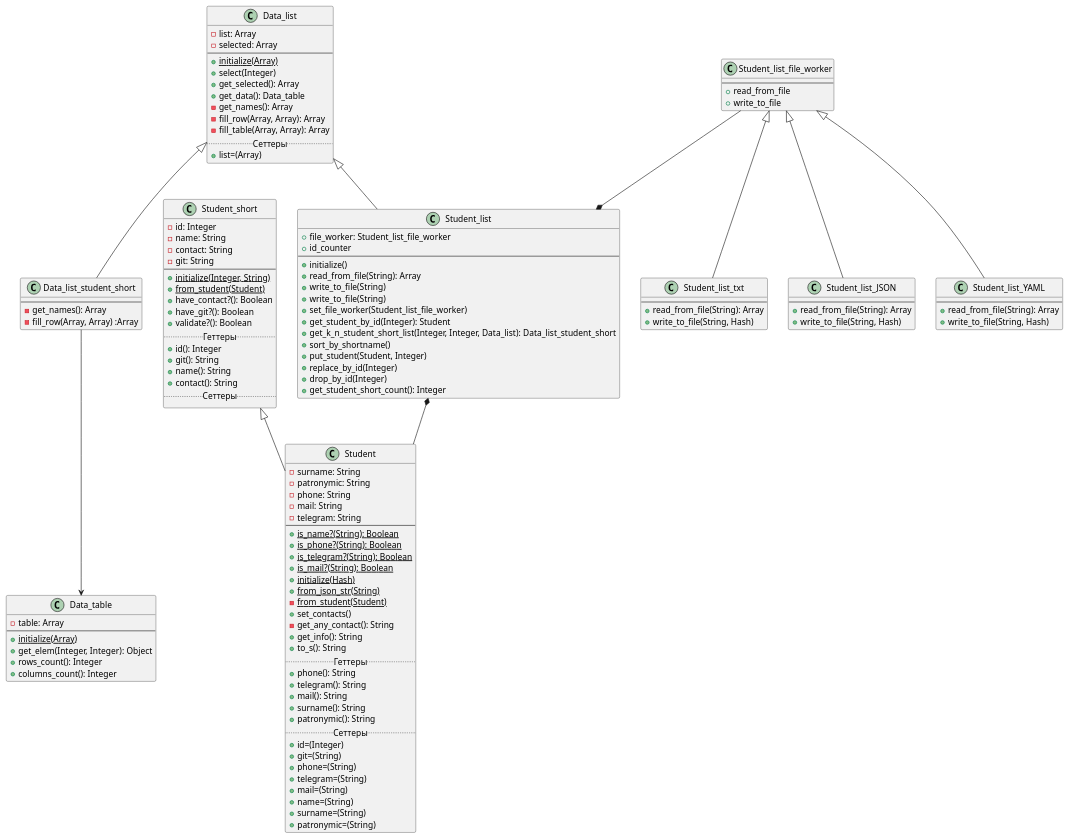
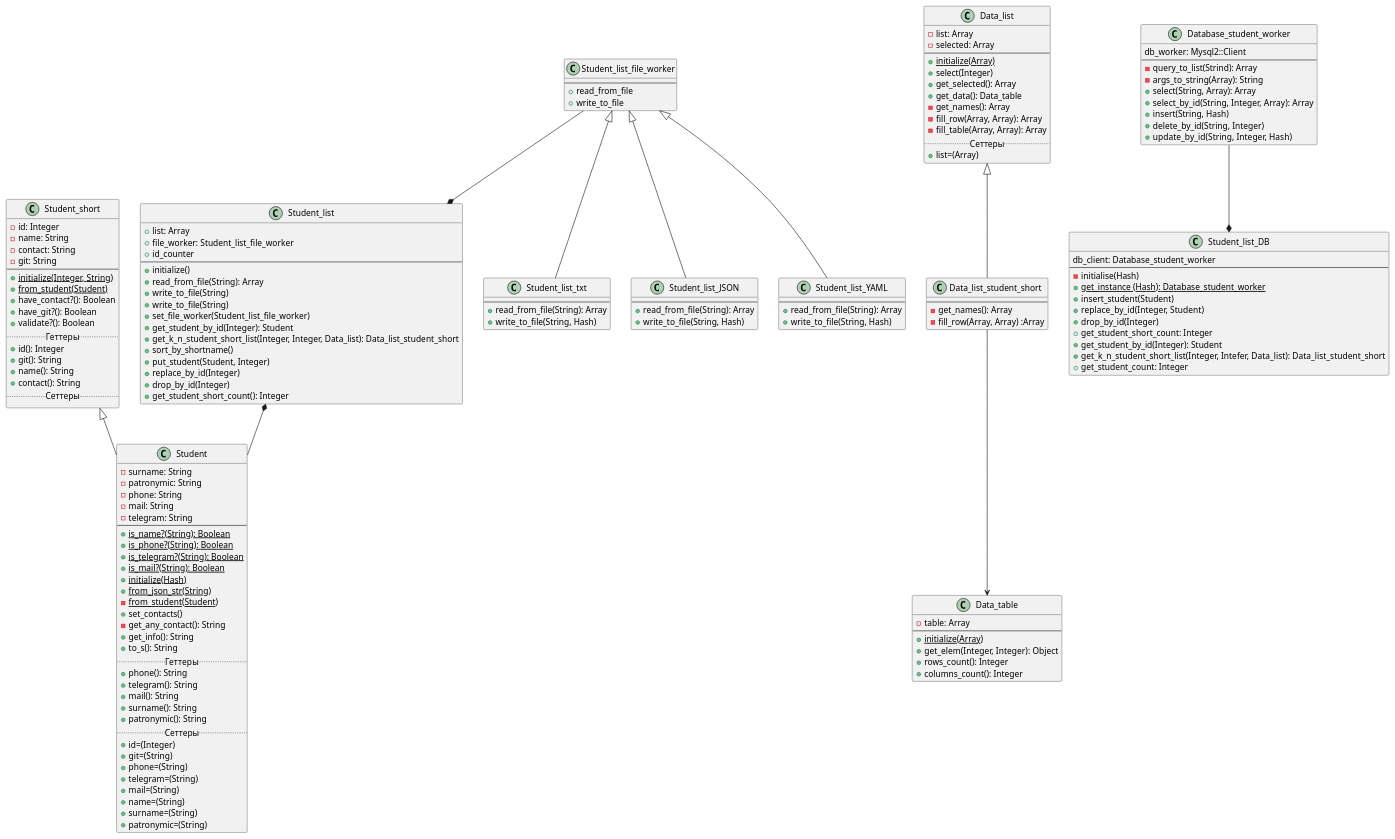
Before and after one commit to VitalijGolovij/PatternProgLabs: the diagram in Lab2/Student/diagrams/StudentDiagram.puml, drawn with PlantUML. The commit also changed 13 other files, not shown here.

```diff
--- a/Lab2/Student/diagrams/StudentDiagram.puml
+++ b/Lab2/Student/diagrams/StudentDiagram.puml
@@ -1,140 +1,168 @@
 @startuml
 'https://plantuml.com/sequence-diagram
 Class Student_short
  {
       -id: Integer
       -name: String
       -contact: String
       -git: String
  --
       +{static}initialize(Integer, String)
       +{static}from_student(Student)
       +have_contact?(): Boolean
       +have_git?(): Boolean
       +validate?(): Boolean
       .. Геттеры ..
       +id(): Integer
       +git(): String
       +name(): String
       +contact(): String
       .. Сеттеры ..
   }
 
 
 Class Student extends Student_short{
      -surname: String
      -patronymic: String
      -phone: String
      -mail: String
      -telegram: String
 --
      +{static}is_name?(String): Boolean
      +{static}is_phone?(String): Boolean
      +{static}is_telegram?(String): Boolean
      +{static}is_mail?(String): Boolean
      +{static}initialize(Hash)
      +{static}from_json_str(String)
      -{static}from_student(Student)
      +set_contacts()
      -get_any_contact(): String
      +get_info(): String
      +to_s(): String
      .. Геттеры ..
      +phone(): String
      +telegram(): String
      +mail(): String
      +surname(): String
      +patronymic(): String
      .. Сеттеры ..
      +id=(Integer)
      +git=(String)
      +phone=(String)
      +telegram=(String)
      +mail=(String)
      +name=(String)
      +surname=(String)
      +patronymic=(String)
  }
 
 Class Data_list
  {
       -list: Array
       -selected: Array
  --
       +{static}initialize(Array)
       +select(Integer)
       +get_selected(): Array
       +get_data(): Data_table
       -get_names(): Array
       -fill_row(Array, Array): Array
       -fill_table(Array, Array): Array
 ..Сеттеры..
       +list=(Array)
   }
 
 Class Data_list_student_short extends Data_list
  {
  --
       -get_names(): Array
       -fill_row(Array, Array) :Array
   }
 
 Class Data_table
  {
       -table: Array
  --
       +{static}initialize(Array)
       +get_elem(Integer, Integer): Object
       +rows_count(): Integer
       +columns_count(): Integer
   }
-Class Student_list extends Data_list
+Class Student_list
 {
++list: Array
 +file_worker: Student_list_file_worker
 +id_counter
 --
       +initialize()
 +read_from_file(String): Array
 +write_to_file(String)
 +write_to_file(String)
 +set_file_worker(Student_list_file_worker)
       +get_student_by_id(Integer): Student
       +get_k_n_student_short_list(Integer, Integer, Data_list): Data_list_student_short
       +sort_by_shortname()
       +put_student(Student, Integer)
       +replace_by_id(Integer)
       +drop_by_id(Integer)
       +get_student_short_count(): Integer
 }
 
 Class Student_list_file_worker
 {
 --
 +read_from_file
 +write_to_file
 }
 
 Class Student_list_txt extends Student_list_file_worker
 {
 --
 +read_from_file(String): Array
 +write_to_file(String, Hash)
 }
 
 Class Student_list_JSON extends Student_list_file_worker
 {
 --
 +read_from_file(String): Array
 +write_to_file(String, Hash)
 }
 
 Class Student_list_YAML extends Student_list_file_worker
 {
 --
 +read_from_file(String): Array
 +write_to_file(String, Hash)
 }
+Class Database_student_worker
+{
+db_worker: Mysql2::Client
+--
+-query_to_list(Strind): Array
+-args_to_string(Array): String
++select(String, Array): Array
++select_by_id(String, Integer, Array): Array
++insert(String, Hash)
++delete_by_id(String, Integer)
++update_by_id(String, Integer, Hash)
+}
+Class Student_list_DB
+{
+db_client: Database_student_worker
+--
+-initialise(Hash)
++{static} get_instance (Hash): Database_student_worker
++insert_student(Student)
++replace_by_id(Integer, Student)
++drop_by_id(Integer)
++get_student_short_count: Integer
++get_student_by_id(Integer): Student
++get_k_n_student_short_list(Integer, Intefer, Data_list): Data_list_student_short
++get_student_count: Integer
+}
+Database_student_worker--*Student_list_DB
 Student_list_file_worker --* Student_list
 Data_list_student_short --> Data_table
 Student_list *-- Student
 @enduml
```
